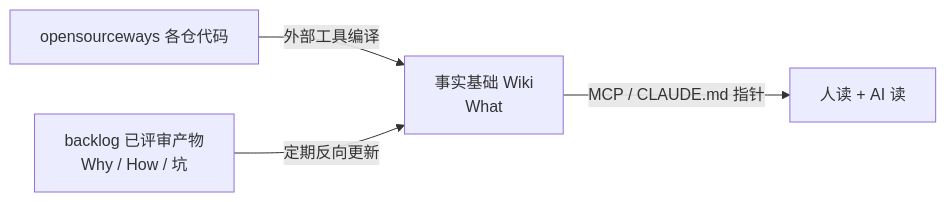
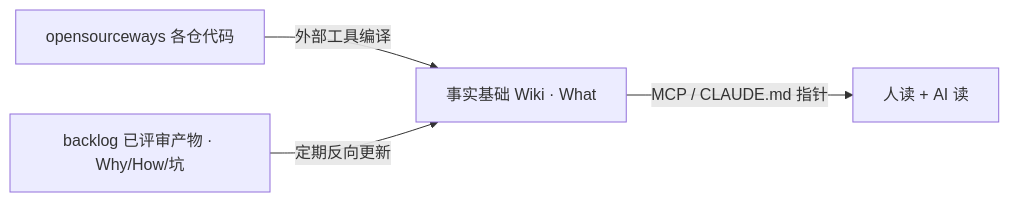
The diagram in report/opensourceways代码知识-三问方案.md (yyl-support/openKnowledgeBase), drawn with Mermaid before and after one commit. The commit also changed other lines of this file, not shown here.

````diff
--- a/report/opensourceways代码知识-三问方案.md
+++ b/report/opensourceways代码知识-三问方案.md
@@ -103,6 +78,6 @@
 ```mermaid
 flowchart LR
-    Code[opensourceways 各仓代码] -->|外部工具编译| Base[事实基础 Wiki<br/>What]
-    Backlog[backlog 已评审产物<br/>Why / How / 坑] -->|定期反向更新| Base
+    Code[opensourceways 各仓代码] -->|外部工具编译| Base[事实基础 Wiki · What]
+    Backlog[backlog 已评审产物 · Why/How/坑] -->|定期反向更新| Base
     Base -->|MCP / CLAUDE.md 指针| Consume[人读 + AI 读]
 ```
````
